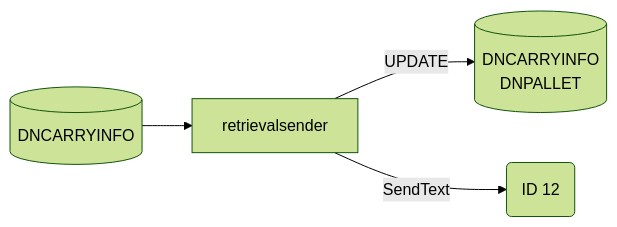
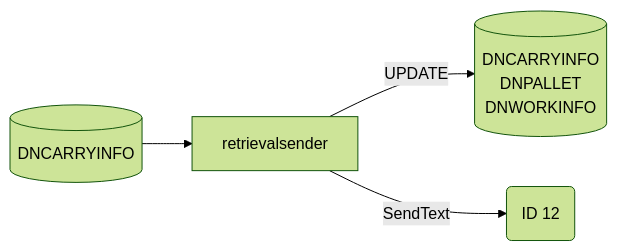
One commit to luthfiadityaa/SimeDarby-Wiki changed the fifth of 17 diagrams in Basic-Design/DFD-WMS/Retrieval/QC-Setting/Retrieval-for-QC-Start.md. Above: the diagram before and after it, drawn with Mermaid (forest theme).

Commit message:
Updated Retrieval for QC Start

```diff
--- a/Basic-Design/DFD-WMS/Retrieval/QC-Setting/Retrieval-for-QC-Start.md
+++ b/Basic-Design/DFD-WMS/Retrieval/QC-Setting/Retrieval-for-QC-Start.md
@@ -228,19 +228,20 @@
 ::: mermaid
 flowchart LR
 
 retrievalsender-input[("
 DNCARRYINFO
 ")]
 
 retrievalsender-update[("
 DNCARRYINFO
 DNPALLET
+DNWORKINFO
 ")]
 
 id12msg("
 ID 12
 ")
 
 retrievalsender-input-->retrievalsender--> |UPDATE| retrievalsender-update
 retrievalsender--> |SendText| id12msg
 :::
```
